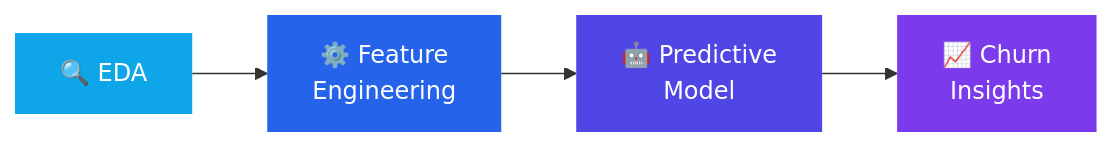
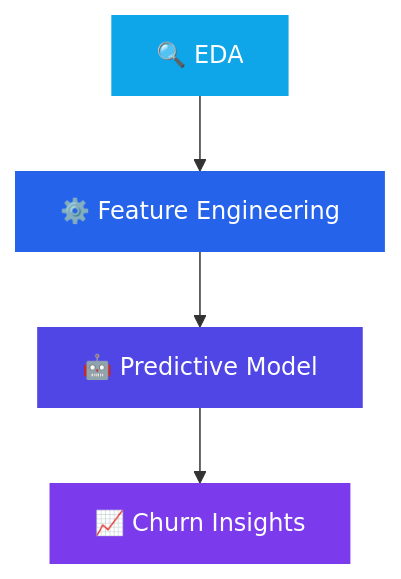
One commit to paraskosambe-web/paraskosambe-web changed the second of 4 diagrams in README.md. Above: the diagram before and after it, drawn with Mermaid. The commit also changed other lines of this file, not shown here.

````diff
--- a/README.md
+++ b/README.md
@@ -100,8 +95,8 @@
 ```mermaid
-flowchart LR
-    A["🔍 EDA"] --> B["⚙️ Feature<br/>Engineering"] --> C["🤖 Predictive<br/>Model"] --> D["📈 Churn<br/>Insights"]
+flowchart TD
+    A["🔍 EDA"] --> B["⚙️ Feature Engineering"] --> C["🤖 Predictive Model"] --> D["📈 Churn Insights"]
     style A fill:#0ea5e9,stroke:none,color:#fff
     style B fill:#2563eb,stroke:none,color:#fff
     style C fill:#4f46e5,stroke:none,color:#fff
     style D fill:#7c3aed,stroke:none,color:#fff
 ```
````
